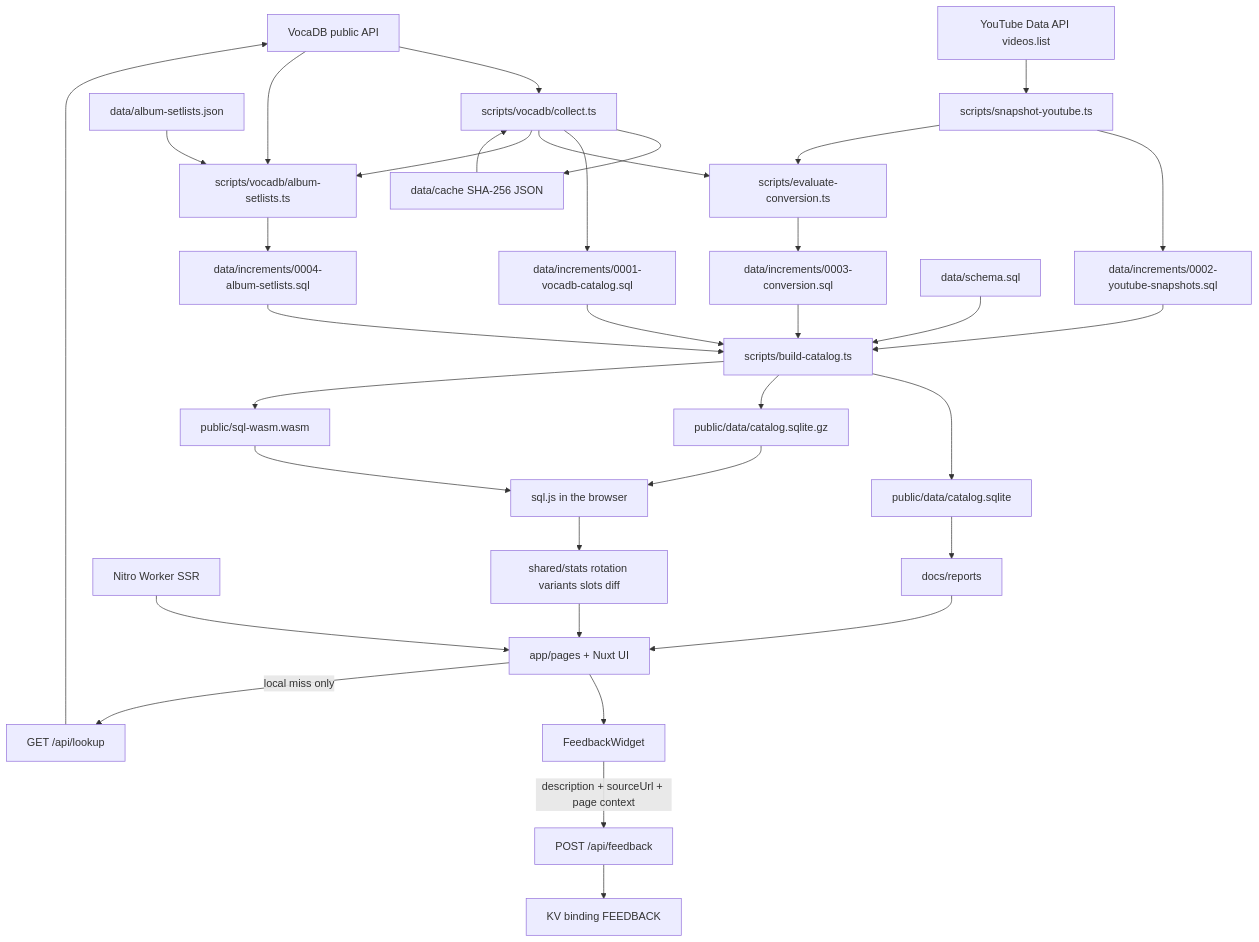
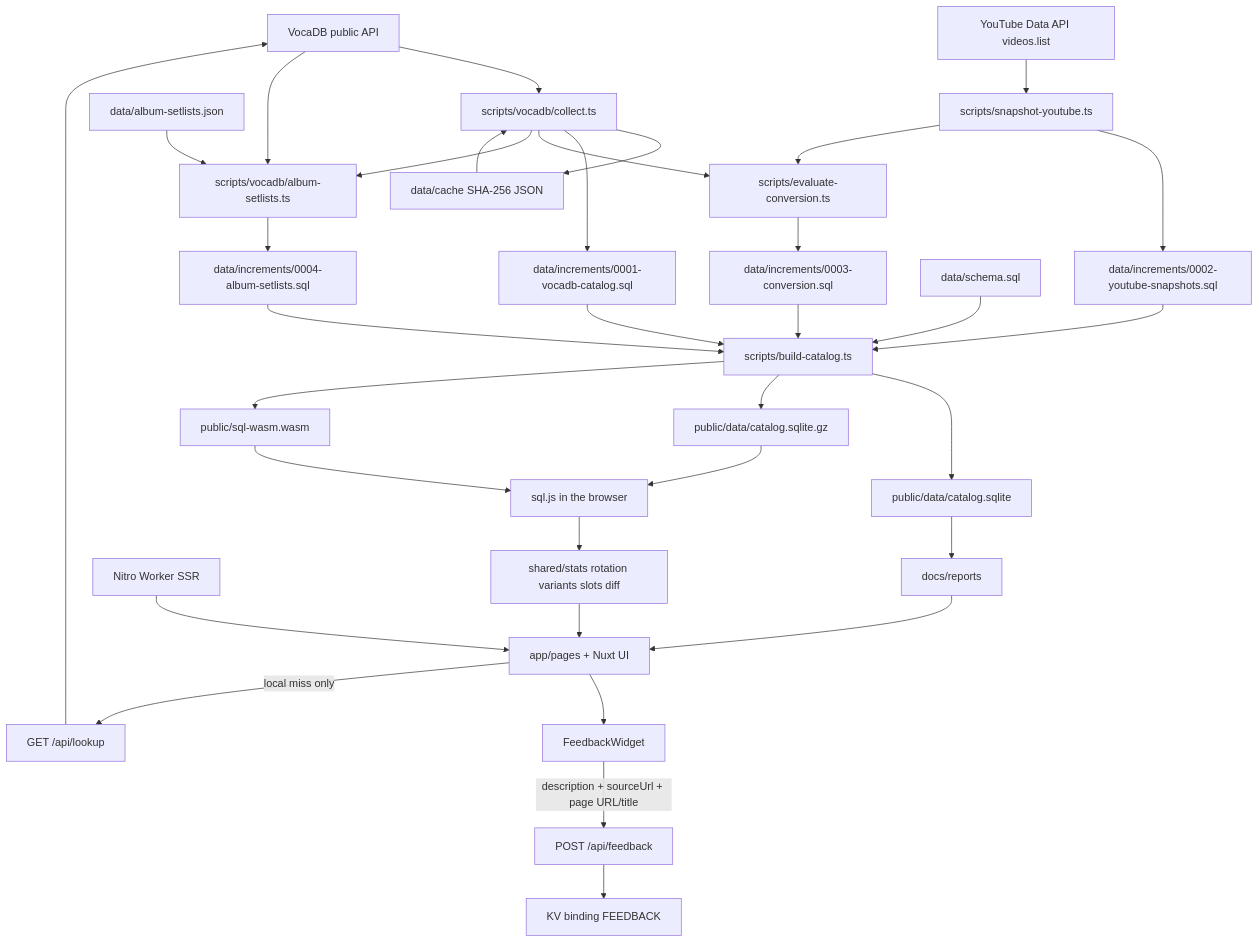
The diagram in docs/architecture.md (RJiazhen/miku-concert-stats), drawn with Mermaid before and after one commit. The commit also changed other lines of this file and 2 other files, not shown here.

Commit message:
Show only the page URL and title in the feedback form

````diff
--- a/docs/architecture.md
+++ b/docs/architecture.md
@@ -168,63 +169,63 @@
 ```mermaid
 flowchart TD
   vocadb["VocaDB public API"]
   cache["data/cache SHA-256 JSON"]
   collect["scripts/vocadb/collect.ts"]
   albums["data/album-setlists.json"]
   collectalbums["scripts/vocadb/album-setlists.ts"]
   youtube["YouTube Data API videos.list"]
   snap["scripts/snapshot-youtube.ts"]
   inc1["data/increments/0001-vocadb-catalog.sql"]
   inc2["data/increments/0002-youtube-snapshots.sql"]
   inc4["data/increments/0004-album-setlists.sql"]
   eval["scripts/evaluate-conversion.ts"]
   inc3["data/increments/0003-conversion.sql"]
   schema["data/schema.sql"]
   build["scripts/build-catalog.ts"]
   sqlite["public/data/catalog.sqlite"]
   gzip["public/data/catalog.sqlite.gz"]
   wasm["public/sql-wasm.wasm"]
   browser["sql.js in the browser"]
   shared["shared/stats rotation variants slots diff"]
   pages["app/pages + Nuxt UI"]
   widget["FeedbackWidget"]
   feedback["POST /api/feedback"]
   feedbackkv["KV binding FEEDBACK"]
   worker["Nitro Worker SSR"]
   lookup["GET /api/lookup"]
   report["docs/reports"]
 
   vocadb --> collect
   collect --> cache
   cache --> collect
   collect --> inc1
   collect --> eval
   vocadb --> collectalbums
   albums --> collectalbums
   collect --> collectalbums
   collectalbums --> inc4
   youtube --> snap
   snap --> inc2
   snap --> eval
   schema --> build
   inc1 --> build
   inc2 --> build
   inc4 --> build
   inc3 --> build
   eval --> inc3
   build --> sqlite
   build --> gzip
   build --> wasm
   gzip --> browser
   wasm --> browser
   browser --> shared
   shared --> pages
   worker --> pages
   pages --> widget
-  widget -->|"description + sourceUrl + page context"| feedback
+  widget -->|"description + sourceUrl + page URL/title"| feedback
   feedback --> feedbackkv
   pages -->|"local miss only"| lookup
   lookup --> vocadb
   sqlite --> report
   report --> pages
 ```
````
